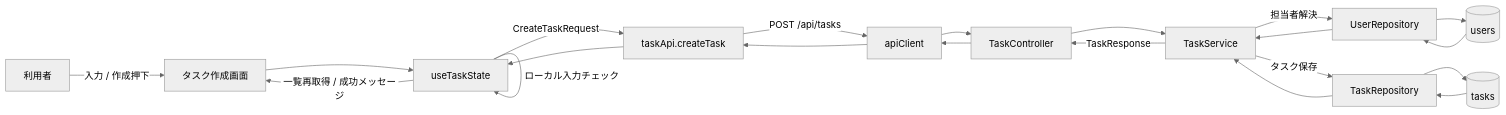
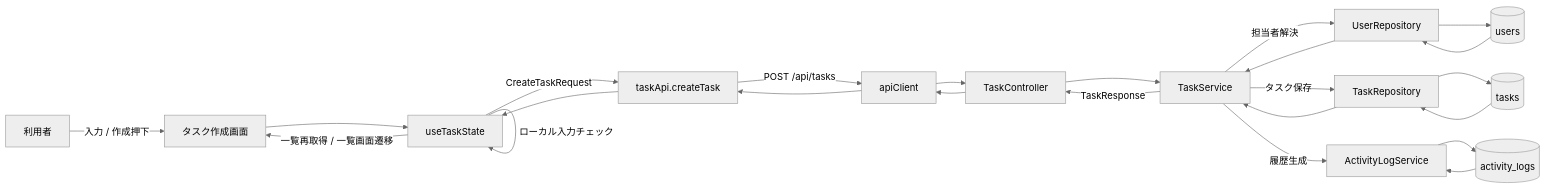
One commit to kitune-udon/task-manager-app changed the ninth of 28 diagrams in docs/01_設計/08_データフロー図設計書.md. Above: the diagram before and after it, drawn with Mermaid (neutral theme). The commit also changed other lines of this file and 10 other files, not shown here.

````diff
--- a/docs/01_設計/08_データフロー図設計書.md
+++ b/docs/01_設計/08_データフロー図設計書.md
@@ -499,35 +619,40 @@
 ```mermaid
 flowchart LR
     U["利用者"]
     CP["タスク作成画面"]
     TS["useTaskState"]
     TA["taskApi.createTask"]
     AC["apiClient"]
     TC["TaskController"]
     SV["TaskService"]
     UR["UserRepository"]
     TR["TaskRepository"]
+    AL["ActivityLogService"]
     DB1[("users")]
     DB2[("tasks")]
+    DB3[("activity_logs")]
 
     U -->|"入力 / 作成押下"| CP
     CP --> TS
     TS -->|"ローカル入力チェック"| TS
     TS -->|"CreateTaskRequest"| TA
     TA -->|"POST /api/tasks"| AC
     AC --> TC
     TC --> SV
     SV -->|"担当者解決"| UR
     UR --> DB1
     DB1 --> UR
     UR --> SV
     SV -->|"タスク保存"| TR
     TR --> DB2
     DB2 --> TR
     TR --> SV
+    SV -->|"履歴生成"| AL
+    AL --> DB3
+    DB3 --> AL
     SV -->|"TaskResponse"| TC
     TC --> AC
     AC --> TA
     TA --> TS
-    TS -->|"一覧再取得 / 成功メッセージ"| CP
+    TS -->|"一覧再取得 / 一覧画面遷移"| CP
 ```
````
